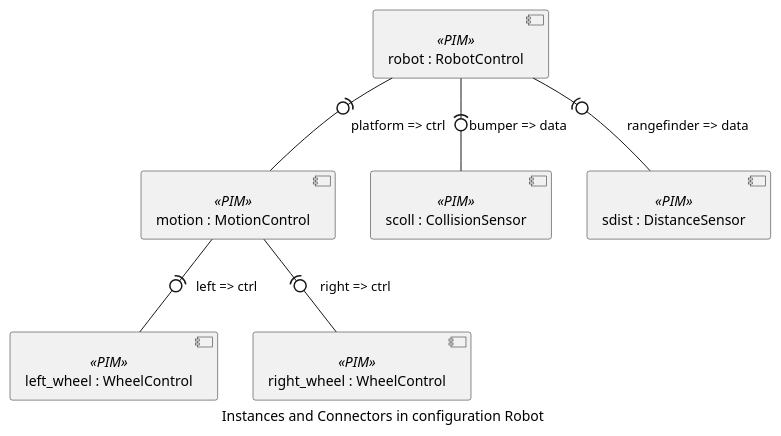
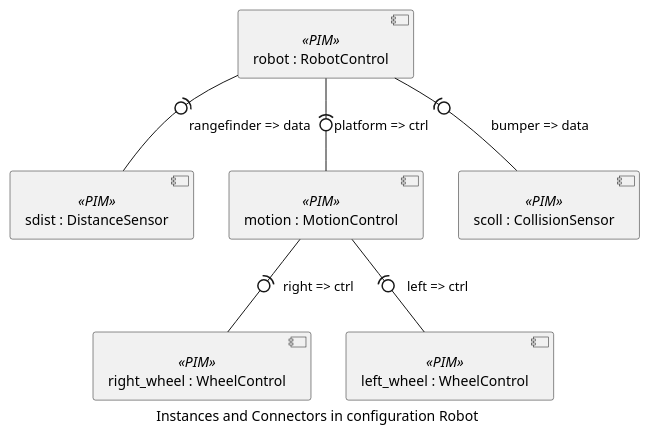
One commit to TelluIoT/ThingML changed the diagram in doc/examples/thingml-gen/uml/Robot/Robot/docs/Robot.plantuml. Above: the diagram before and after it, drawn with PlantUML. The commit also changed other lines of this file and 11 other files, not shown here.

```diff
--- a/doc/examples/thingml-gen/uml/Robot/Robot/docs/Robot.plantuml
+++ b/doc/examples/thingml-gen/uml/Robot/Robot/docs/Robot.plantuml
@@ -1,14 +1,14 @@
 @startuml
 caption Instances and Connectors in configuration Robot
+component [right_wheel : WheelControl]<<PIM>>
+component [sdist : DistanceSensor]<<PIM>>
+component [robot : RobotControl]<<PIM>>
 component [motion : MotionControl]<<PIM>>
-component [robot : RobotControl]<<PIM>>
 component [left_wheel : WheelControl]<<PIM>>
 component [scoll : CollisionSensor]<<PIM>>
-component [sdist : DistanceSensor]<<PIM>>
-component [right_wheel : WheelControl]<<PIM>>
-[robot : RobotControl] -(0- [scoll : CollisionSensor] : bumper => data
-[motion : MotionControl] -(0- [right_wheel : WheelControl] : right => ctrl
-[robot : RobotControl] -(0- [sdist : DistanceSensor] : rangefinder => data
 [robot : RobotControl] -(0- [motion : MotionControl] : platform => ctrl
 [motion : MotionControl] -(0- [left_wheel : WheelControl] : left => ctrl
+[robot : RobotControl] -(0- [scoll : CollisionSensor] : bumper => data
+[robot : RobotControl] -(0- [sdist : DistanceSensor] : rangefinder => data
+[motion : MotionControl] -(0- [right_wheel : WheelControl] : right => ctrl
 @enduml
```
